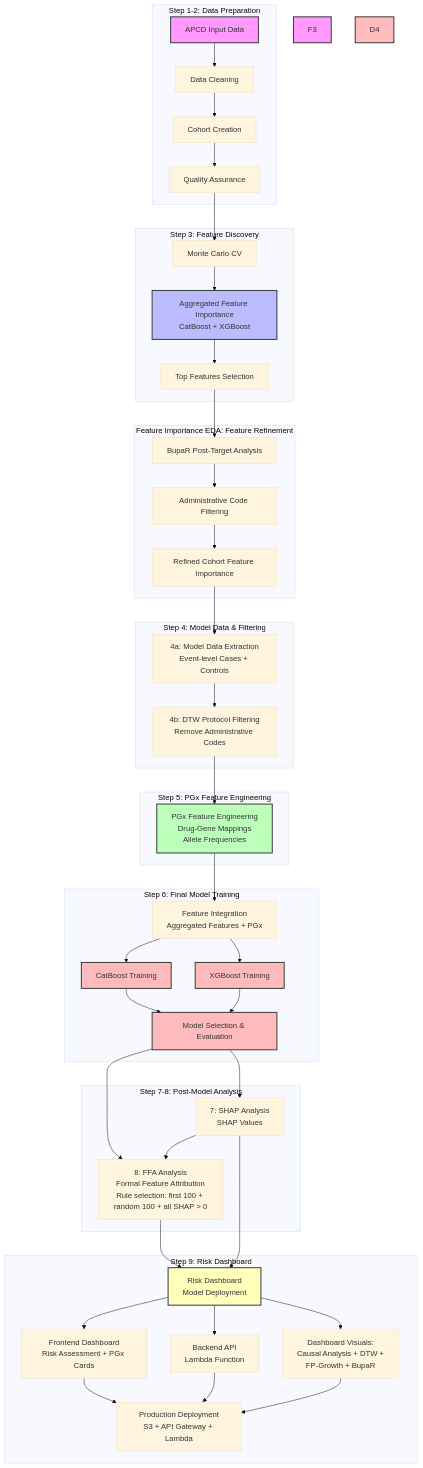
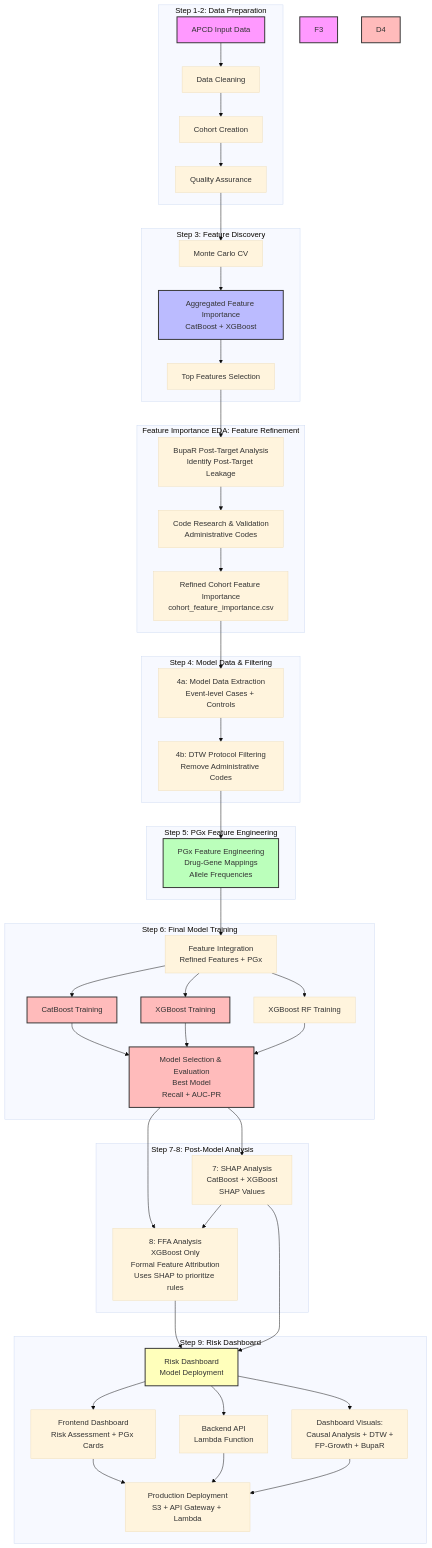
One commit to Jerome3590/pgx-analysis changed the second of 2 diagrams in docs/README_overview.md. Above: the diagram before and after it, drawn with Mermaid (base theme). The commit also changed 2 other files, not shown here.

Commit message:
Update README and mermaid charts to reflect correct workflow
- Updated workflow steps description to clarify Feature Importance EDA uses BupaR post-target analysis (not DTW)
- Updated mermaid flowcharts to show:
  - Feature Importance EDA: BupaR Post-Target Analysis → Code Research → Refined Feature Importance
  - Step 6: All three models (CatBoost, XGBoost, XGBoost RF) with model selection
  - Step 7: SHAP for both CatBoost and XGBoost
  - Step 8: FFA for XGBoost only (uses SHAP from Step 7)
- Clarified that Step 4a uses refined features from Feature Importance EDA (REQUIRED)
- Updated key features section to reflect refined features (not aggregated) in final model
- Updated all three README files: README.md, docs/README_overview.md, docs/README_analysis_workflow.md

````diff
--- a/docs/README_overview.md
+++ b/docs/README_overview.md
@@ -115,65 +115,67 @@
 ```mermaid
 flowchart TD
     subgraph "Step 1-2: Data Preparation"
         A1[APCD Input Data] --> A2[Data Cleaning]
         A2 --> A3[Cohort Creation]
         A3 --> A4[Quality Assurance]
     end
     
     subgraph "Step 3: Feature Discovery"
         A4 --> B1[Monte Carlo CV]
         B1 --> B2[Aggregated Feature Importance<br/>CatBoost + XGBoost]
         B2 --> B3[Top Features Selection]
     end
     
     subgraph "Feature Importance EDA: Feature Refinement"
-        B3 --> B4[BupaR Post-Target Analysis]
-        B4 --> B5[Administrative Code Filtering]
-        B5 --> B6[Refined Cohort Feature Importance]
+        B3 --> B4[BupaR Post-Target Analysis<br/>Identify Post-Target Leakage]
+        B4 --> B5[Code Research & Validation<br/>Administrative Codes]
+        B5 --> B6[Refined Cohort Feature Importance<br/>cohort_feature_importance.csv]
     end
     
     subgraph "Step 4: Model Data & Filtering"
         B6 --> C1[4a: Model Data Extraction<br/>Event-level Cases + Controls]
         C1 --> C2[4b: DTW Protocol Filtering<br/>Remove Administrative Codes]
     end
     
     subgraph "Step 5: PGx Feature Engineering"
         C2 --> D1[PGx Feature Engineering<br/>Drug-Gene Mappings<br/>Allele Frequencies]
     end
     
     subgraph "Step 6: Final Model Training"
-        D1 --> E1[Feature Integration<br/>Aggregated Features + PGx]
+        D1 --> E1[Feature Integration<br/>Refined Features + PGx]
         E1 --> E2[CatBoost Training]
         E1 --> E3[XGBoost Training]
-        E2 --> E4[Model Selection & Evaluation]
+        E1 --> E3a[XGBoost RF Training]
+        E2 --> E4[Model Selection & Evaluation<br/>Best Model<br/>Recall + AUC-PR]
         E3 --> E4
+        E3a --> E4
     end
     
     subgraph "Step 7-8: Post-Model Analysis"
-        E4 --> F1[7: SHAP Analysis<br/>SHAP Values]
-        E4 --> F2[8: FFA Analysis<br/>Formal Feature Attribution<br/>Rule selection: first 100 + random 100 + all SHAP > 0]
+        E4 --> F1[7: SHAP Analysis<br/>CatBoost + XGBoost<br/>SHAP Values]
+        E4 --> F2[8: FFA Analysis<br/>XGBoost Only<br/>Formal Feature Attribution<br/>Uses SHAP to prioritize rules]
         F1 --> F2
     end
     
     subgraph "Step 9: Risk Dashboard"
         F2 --> G1[Risk Dashboard<br/>Model Deployment]
         F1 --> G1
         G1 --> G2[Frontend Dashboard<br/>Risk Assessment + PGx Cards]
         G1 --> G3[Backend API<br/>Lambda Function]
         G1 --> G4[Dashboard Visuals:<br/>Causal Analysis + DTW +<br/>FP-Growth + BupaR]
         G2 --> G5[Production Deployment<br/>S3 + API Gateway + Lambda]
         G3 --> G5
         G4 --> G5
     end
     
     style A1 fill:#f9f,stroke:#333,stroke-width:2px
     style B2 fill:#bbf,stroke:#333,stroke-width:2px
     style D1 fill:#bfb,stroke:#333,stroke-width:2px
     style E4 fill:#fbb,stroke:#333,stroke-width:2px
     style F3 fill:#fbf,stroke:#333,stroke-width:2px
     style G1 fill:#ffb,stroke:#333,stroke-width:2px
     style D4 fill:#fbb,stroke:#333,stroke-width:2px
     style E2 fill:#fbb,stroke:#333,stroke-width:2px
     style E3 fill:#fbb,stroke:#333,stroke-width:2px
     style F3 fill:#f9f,stroke:#333,stroke-width:2px
 ```
````
